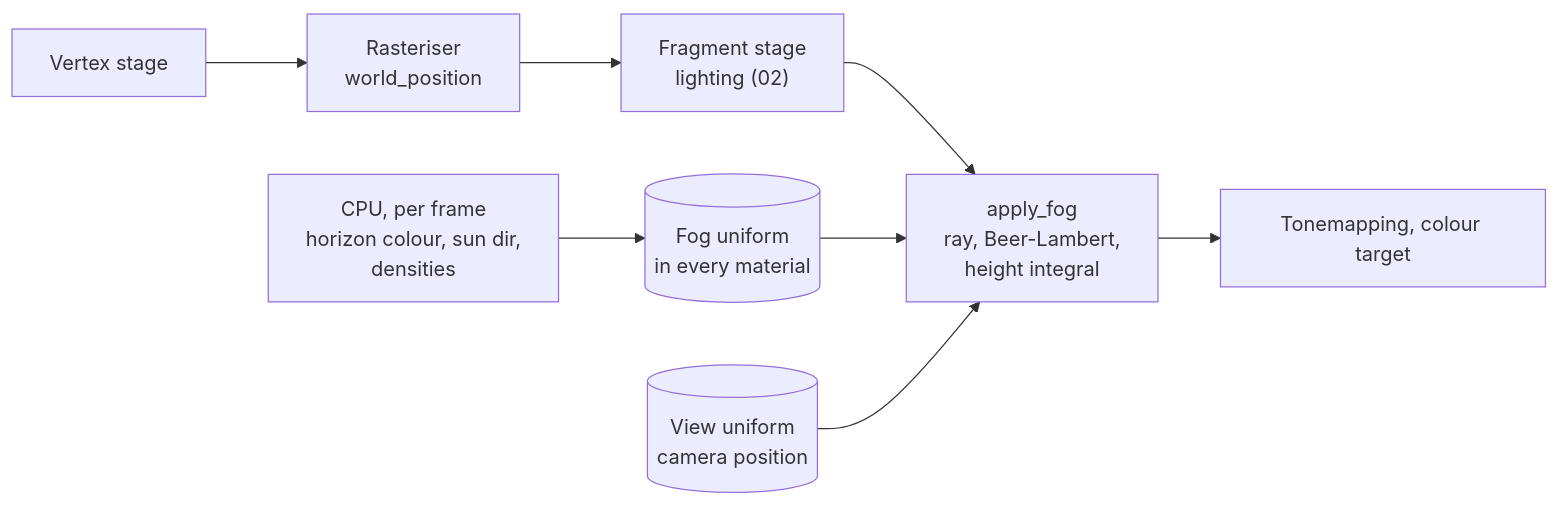
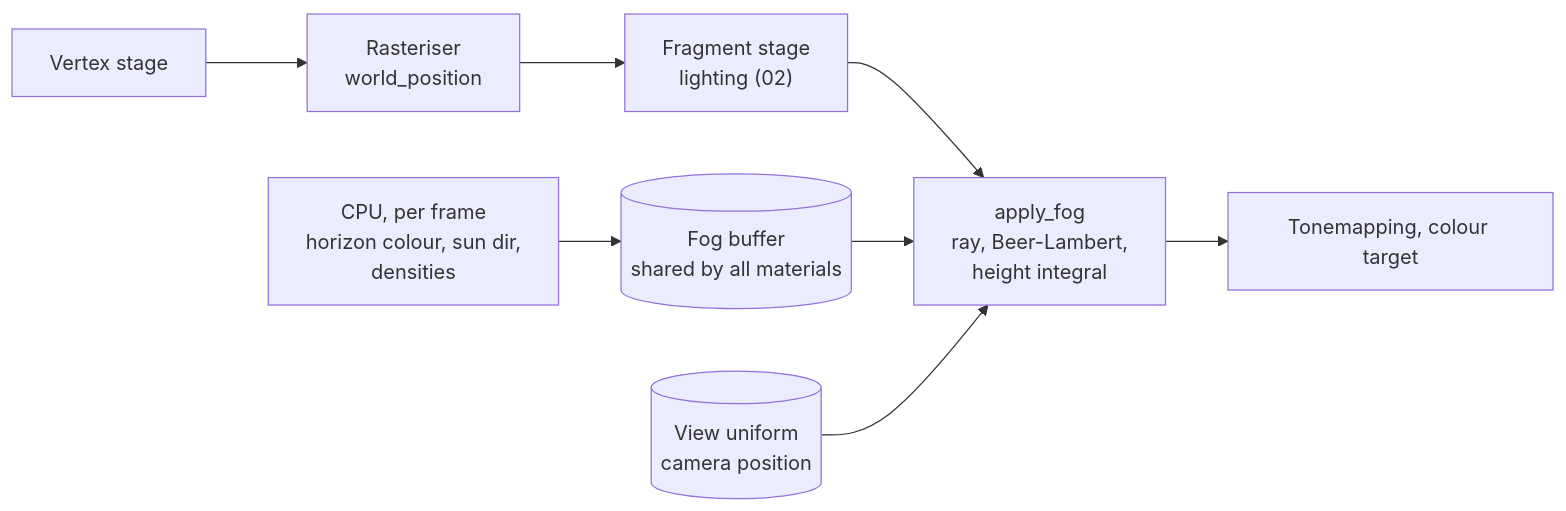
One commit to JohnnyNewman/Econoplex2 changed the diagram in docs/shaders/04-fog.md. Above: the diagram before and after it, drawn with Mermaid. The commit also changed other lines of this file and 13 other files, not shown here.

First line of the commit message:
Fog in one shared buffer, so materials stop changing every frame

````diff
--- a/docs/shaders/04-fog.md
+++ b/docs/shaders/04-fog.md
@@ -180,10 +186,10 @@
 ```mermaid
 flowchart LR
-  CPU["CPU, per frame<br/>horizon colour, sun dir,<br/>densities"] --> U[("Fog uniform<br/>in every material")]
+  CPU["CPU, per frame<br/>horizon colour, sun dir,<br/>densities"] --> U[("Fog buffer<br/>shared by all materials")]
   VS["Vertex stage"] --> RS["Rasteriser<br/>world_position"]
   RS --> FS["Fragment stage<br/>lighting (02)"]
   FS --> FOG["apply_fog<br/>ray, Beer-Lambert,<br/>height integral"]
   U --> FOG
   CAM[("View uniform<br/>camera position")] --> FOG
   FOG --> O["Tonemapping, colour target"]
 ```
````
